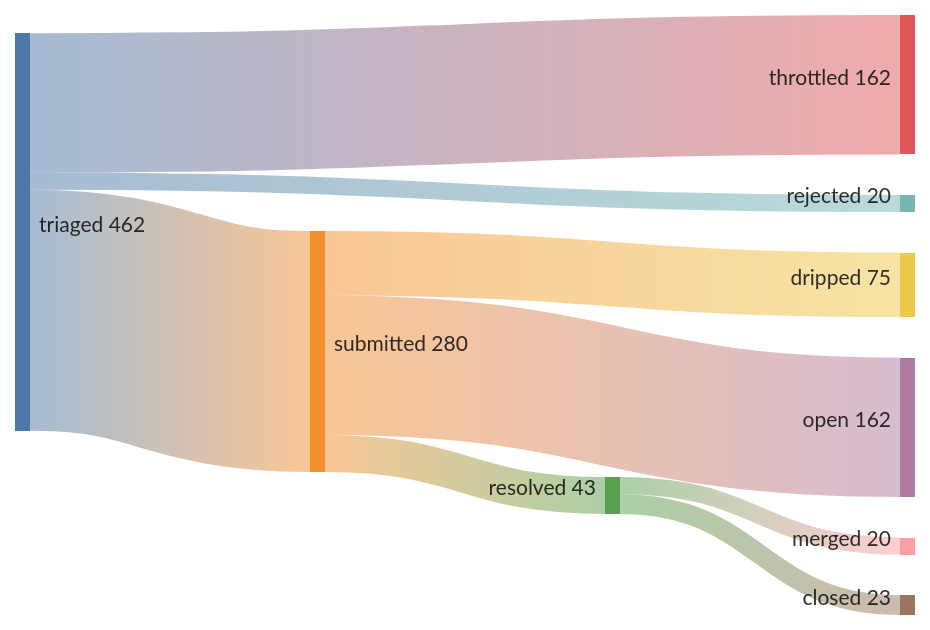
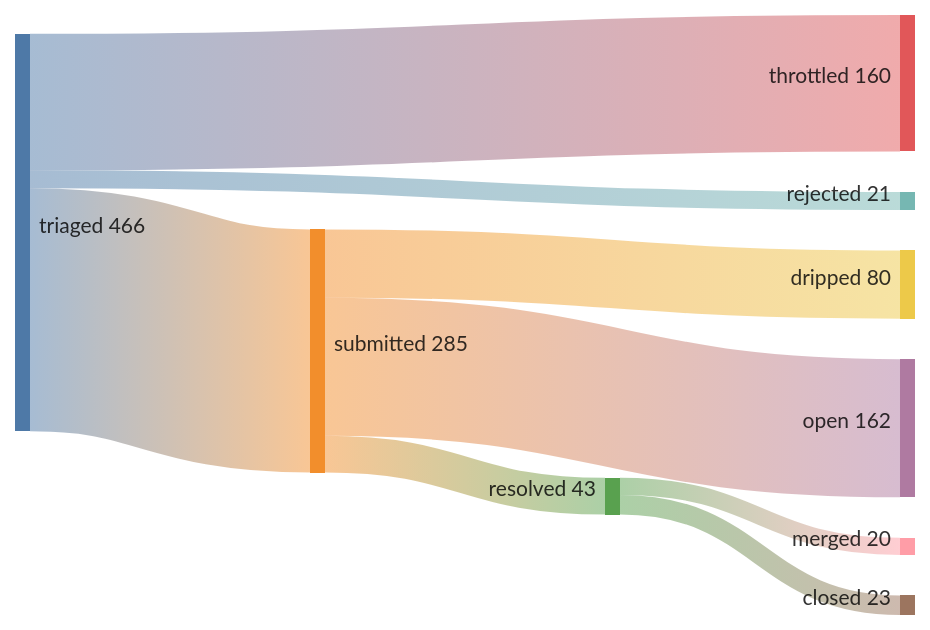
The first of 2 diagrams in README.md (kimjune01/kimjune01), drawn with Mermaid before and after one commit. The commit also changed other lines of this file, not shown here.

````diff
--- a/README.md
+++ b/README.md
@@ -3,11 +3,11 @@
 ```mermaid
 sankey-beta
-    triaged,    submitted, 280
-    triaged,    throttled, 162
-    triaged,    rejected,  20
+    triaged,    submitted, 285
+    triaged,    throttled, 160
+    triaged,    rejected,  21
     submitted,  resolved,  43
-    submitted,  dripped,   75
+    submitted,  dripped,   80
     submitted,  open,      162
     resolved,   merged,    20
     resolved,   closed,    23
 ```
````
